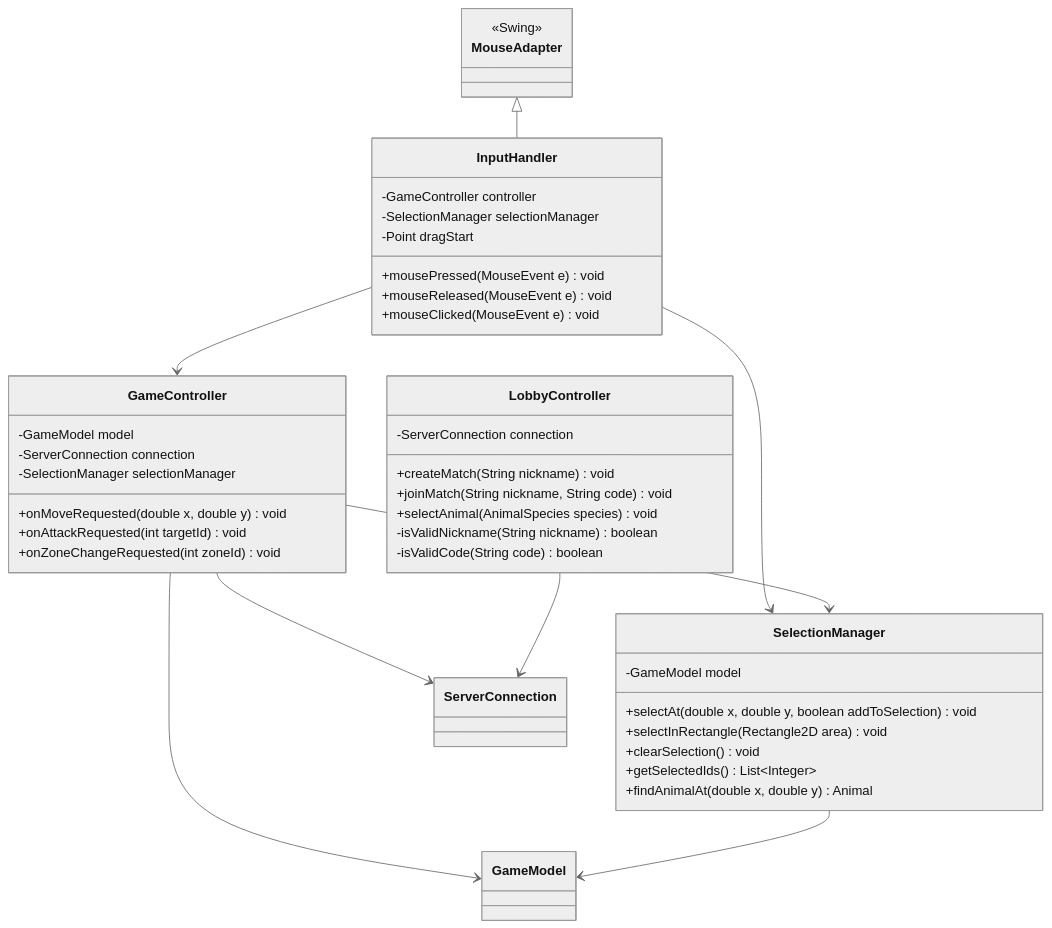
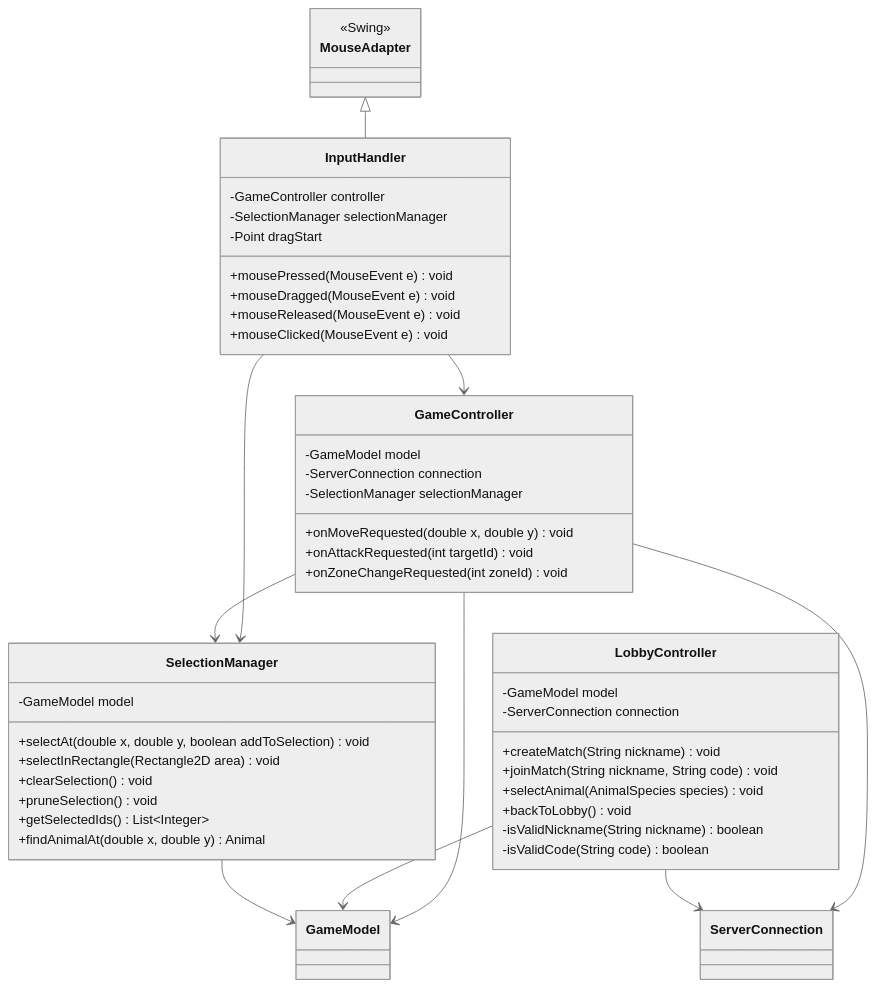
The fifth of 7 diagrams in README.md (AndyQuirosSalazar/jungle-attack-client), drawn with Mermaid (neutral theme) before and after one commit. The commit also changed other lines of this file, not shown here.

Commit message:
solucion a la distrubucion de el gameEngine

````diff
--- a/README.md
+++ b/README.md
@@ -527,47 +602,52 @@
 ```mermaid
 classDiagram
     class SelectionManager {
         -GameModel model
         +selectAt(double x, double y, boolean addToSelection) void
         +selectInRectangle(Rectangle2D area) void
         +clearSelection() void
-        +getSelectedIds() List~Integer~
+        +pruneSelection() void
+        +getSelectedIds() List\~Integer\~
         +findAnimalAt(double x, double y) Animal
     }
     class GameController {
         -GameModel model
         -ServerConnection connection
         -SelectionManager selectionManager
         +onMoveRequested(double x, double y) void
         +onAttackRequested(int targetId) void
         +onZoneChangeRequested(int zoneId) void
     }
     class LobbyController {
+        -GameModel model
         -ServerConnection connection
         +createMatch(String nickname) void
         +joinMatch(String nickname, String code) void
         +selectAnimal(AnimalSpecies species) void
+        +backToLobby() void
         -isValidNickname(String nickname) boolean
         -isValidCode(String code) boolean
     }
     class MouseAdapter {
         <<Swing>>
     }
     class InputHandler {
         -GameController controller
         -SelectionManager selectionManager
         -Point dragStart
         +mousePressed(MouseEvent e) void
+        +mouseDragged(MouseEvent e) void
         +mouseReleased(MouseEvent e) void
         +mouseClicked(MouseEvent e) void
     }
 
     MouseAdapter <|-- InputHandler
     InputHandler --> GameController
     InputHandler --> SelectionManager
     GameController --> SelectionManager
     GameController --> GameModel
     GameController --> ServerConnection
+    LobbyController --> GameModel
     LobbyController --> ServerConnection
     SelectionManager --> GameModel
 ```
````
